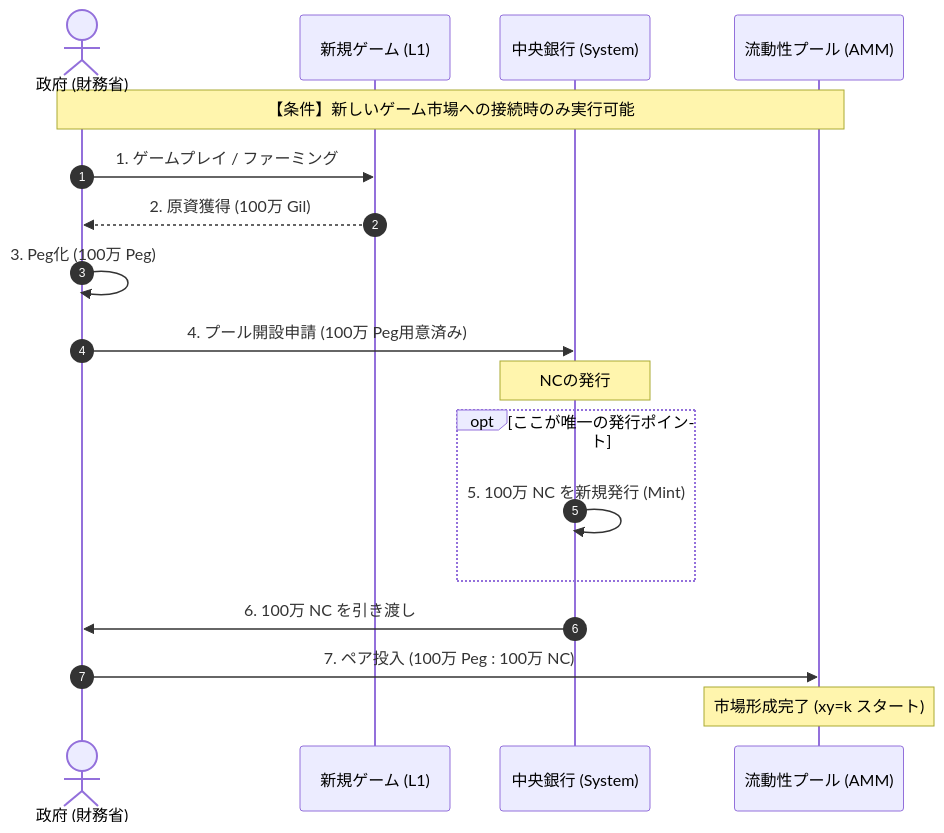
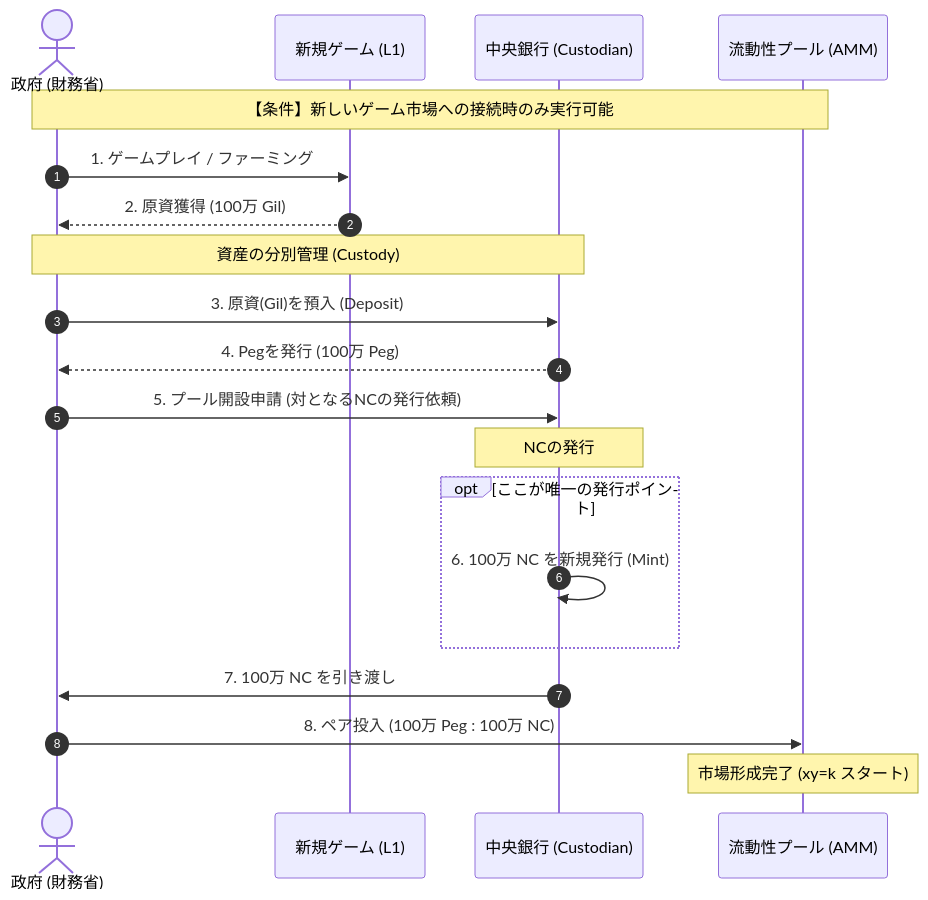
One commit to h4ribote/share_doc changed the first of 3 diagrams in MMOBank/Cash_flow_mermaid.md. Above: the diagram before and after it, drawn with Mermaid. The commit also changed other lines of this file, not shown here.

````diff
--- a/MMOBank/Cash_flow_mermaid.md
+++ b/MMOBank/Cash_flow_mermaid.md
@@ -5,28 +5,30 @@
 ```mermaid
 sequenceDiagram
     autonumber
     actor Gov as 政府 (財務省)
     participant Game as 新規ゲーム (L1)
-    participant Bank as 中央銀行 (System)
+    participant Bank as 中央銀行 (Custodian)
     participant Pool as 流動性プール (AMM)
 
     Note over Gov, Pool: 【条件】新しいゲーム市場への接続時のみ実行可能
 
     Gov->>Game: 1. ゲームプレイ / ファーミング
     Game-->>Gov: 2. 原資獲得 (100万 Gil)
-    Gov->>Gov: 3. Peg化 (100万 Peg)
 
-    Gov->>Bank: 4. プール開設申請 (100万 Peg用意済み)
+    Note over Gov, Bank: 資産の分別管理 (Custody)
+    Gov->>Bank: 3. 原資(Gil)を預入 (Deposit)
+    Bank-->>Gov: 4. Pegを発行 (100万 Peg)
+
+    Gov->>Bank: 5. プール開設申請 (対となるNCの発行依頼)
 
     Note over Bank: NCの発行
     opt ここが唯一の発行ポイント
-        Bank->>Bank: 5. 100万 NC を新規発行 (Mint)
+        Bank->>Bank: 6. 100万 NC を新規発行 (Mint)
     end
 
-    Bank->>Gov: 6. 100万 NC を引き渡し
+    Bank->>Gov: 7. 100万 NC を引き渡し
     
-    Gov->>Pool: 7. ペア投入 (100万 Peg : 100万 NC)
+    Gov->>Pool: 8. ペア投入 (100万 Peg : 100万 NC)
     Note over Pool: 市場形成完了 (xy=k スタート)
 
-
 ```
````
